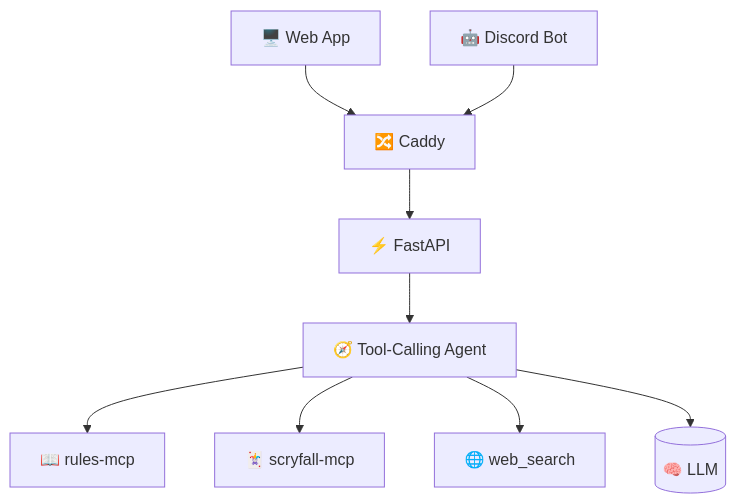
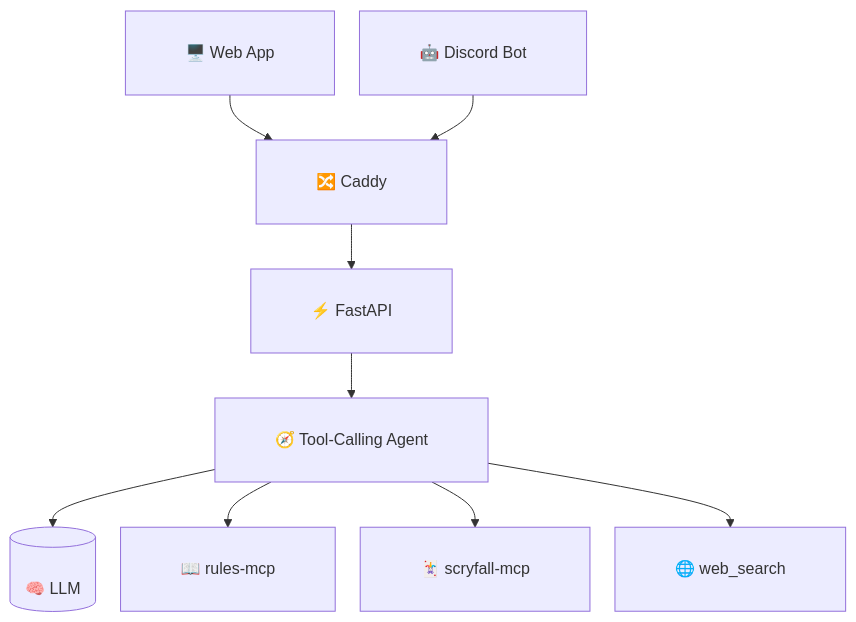
Before and after one commit to Delta-43/mtg-rules-agent: the diagram in README.md, drawn with Mermaid.

Commit message:
README: add diagram padding, move LLM node away from bottom-right corner
Second pass at GitHub's overflow pan/zoom toolbar still clipping diagram
content -- the previous TD layout simplification reduced the diagram's
footprint but didn't remove the overlap, since the toolbar appears to be
fixed UI chrome GitHub adds to any Mermaid block rather than something
purely overflow-triggered.

Two adjustments, since the exact render can't be previewed here:
- A %%{init}%% directive raising flowchart padding/nodeSpacing/rankSpacing,
  to push real diagram content away from the container edges the toolbar
  sits in.
- Reordered Agent's children so the LLM node (a cylinder, the most
  visually distinct shape) is declared first and renders leftmost in the
  bottom row, leaving web_search -- a plain rectangle -- in the
  bottom-right corner instead, in case something there is still clipped.

Not a guaranteed fix (no way to render GitHub's actual viewer from here
to confirm) -- if this still overlaps, the fallback is a plain ASCII
diagram, which GitHub never adds interactive chrome to.

Claude-Session: https://claude.ai/code/session_011zs4diYhAUnTpsjSJZQJfz

````diff
--- a/README.md
+++ b/README.md
@@ -63,11 +63,12 @@
 ```mermaid
+%%{init: {"flowchart": {"padding": 30, "nodeSpacing": 25, "rankSpacing": 45}}}%%
 flowchart TD
     PWA["🖥️ Web App"] --> Caddy["🔀 Caddy"]
     Bot["🤖 Discord Bot"] --> Caddy
     Caddy --> API["⚡ FastAPI"]
     API --> Agent["🧭 Tool-Calling Agent"]
+    Agent --> LLM[("🧠 LLM")]
     Agent --> Rules["📖 rules-mcp"]
     Agent --> Scryfall["🃏 scryfall-mcp"]
     Agent --> Search["🌐 web_search"]
-    Agent --> LLM[("🧠 LLM")]
 ```
````
